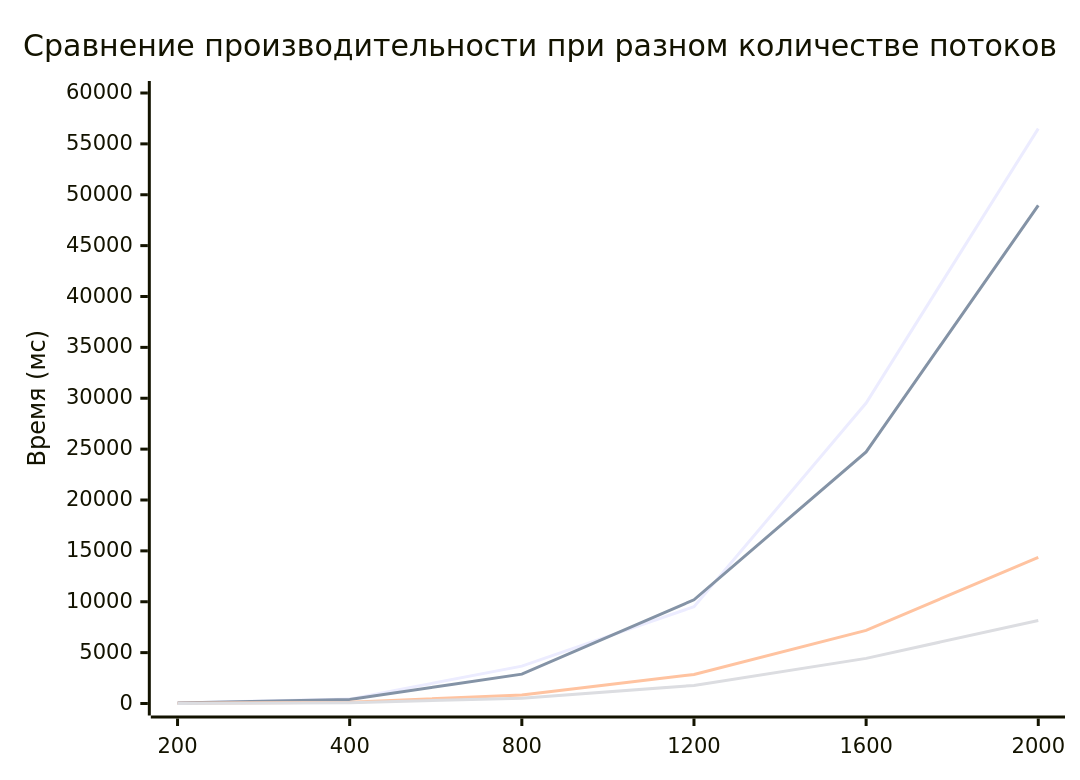
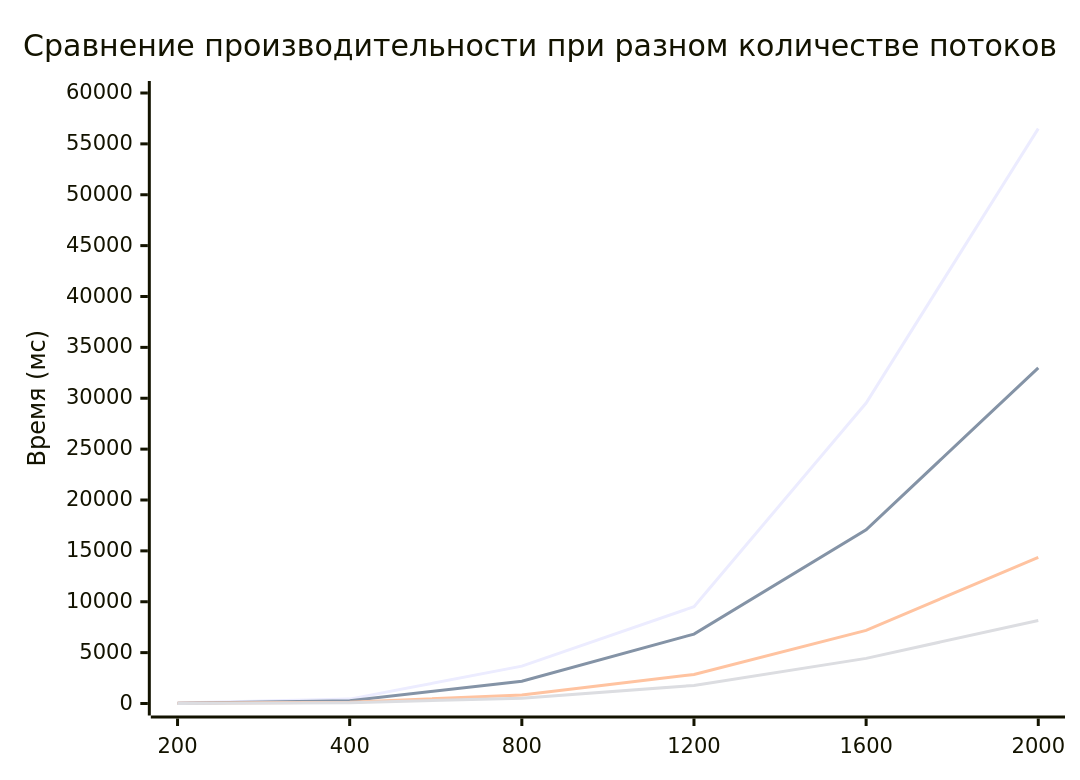
One commit to BD201/PP changed the diagram in README.md. Above: the diagram before and after it, drawn with Mermaid. The commit also changed other lines of this file and 7 other files, not shown here.

````diff
--- a/README.md
+++ b/README.md
@@ -48,10 +48,10 @@
 ```mermaid
 xychart-beta
     title "Сравнение производительности при разном количестве потоков"
     x-axis ["200", "400", "800", "1200", "1600", "2000"]
     y-axis "Время (мс)" 0 --> 60000
     line [53.946, 431.437, 3672.07, 9517.4, 29531.4, 56502.2]
-    line [49.917, 387.174, 2884.98, 10193.7, 24724.3, 48963.9]
+    line [28.145, 273.567, 2186.47, 6821.97, 17071.1, 32993.3]
     line [16.83, 120.177, 839.869, 2849.05, 7185.09, 14370.1]
     line [9.352, 81.763, 525.234, 1779.83, 4433.23, 8164.45]
 ```
````
